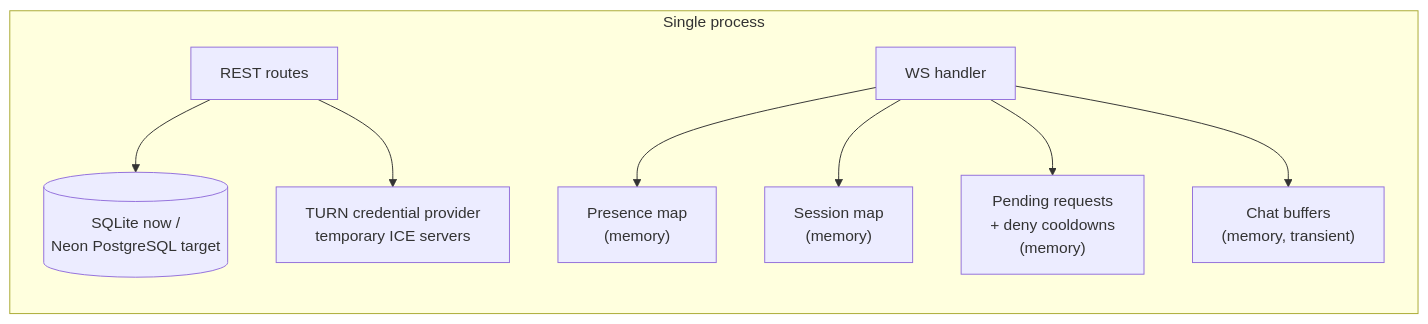
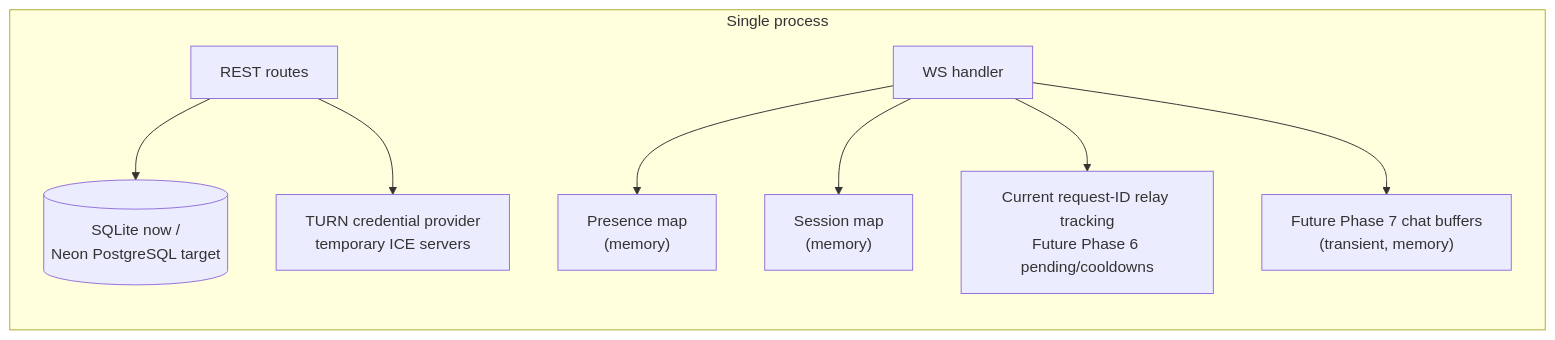
Before and after one commit to 0xyusufz/live-presence: the third of 6 diagrams in docs/ARCHITECTURE.md, drawn with Mermaid. The commit also changed other lines of this file, not shown here.

Commit message:
docs: clarify current and future architecture behavior

````diff
--- a/docs/ARCHITECTURE.md
+++ b/docs/ARCHITECTURE.md
@@ -197,11 +217,11 @@
 ```mermaid
 graph LR
     subgraph P["Single process"]
       R["REST routes"] --> DBX[("SQLite now /<br/>Neon PostgreSQL target")]
       WSH["WS handler"] --> PR["Presence map<br/>(memory)"]
       WSH --> SR["Session map<br/>(memory)"]
-      WSH --> RQ["Pending requests<br/>+ deny cooldowns<br/>(memory)"]
-      WSH --> CB["Chat buffers<br/>(memory, transient)"]
+      WSH --> RQ["Current request-ID relay tracking<br/>Future Phase 6 pending/cooldowns"]
+      WSH --> CB["Future Phase 7 chat buffers<br/>(transient, memory)"]
       R --> TC["TURN credential provider<br/>temporary ICE servers"]
     end
 ```
````
